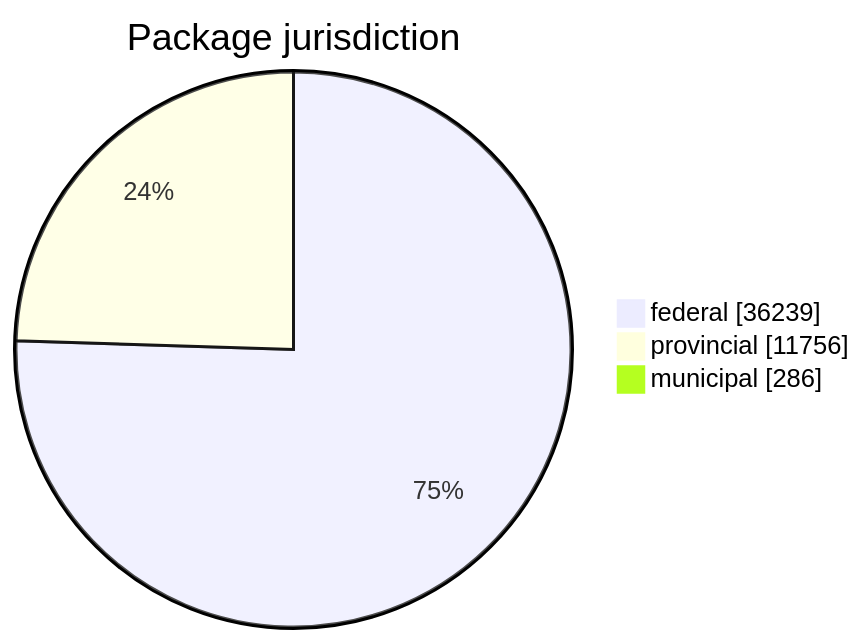
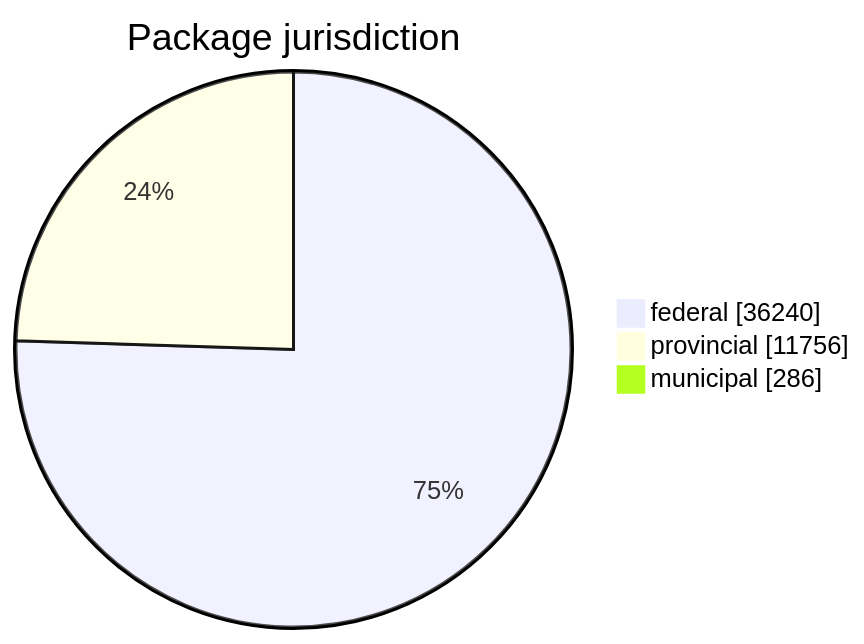
Before and after one commit to open-data/analytics-corporate-reporting: the first of 5 diagrams in FreshCheck/README.md, drawn with Mermaid. The commit also changed other lines of this file and 3 other files, not shown here.

````diff
--- a/FreshCheck/README.md
+++ b/FreshCheck/README.md
@@ -60,6 +60,6 @@
 ```mermaid
 pie showData title Package jurisdiction
-    "federal": 36239
+    "federal": 36240
     "provincial": 11756
     "municipal": 286
 ```
````
